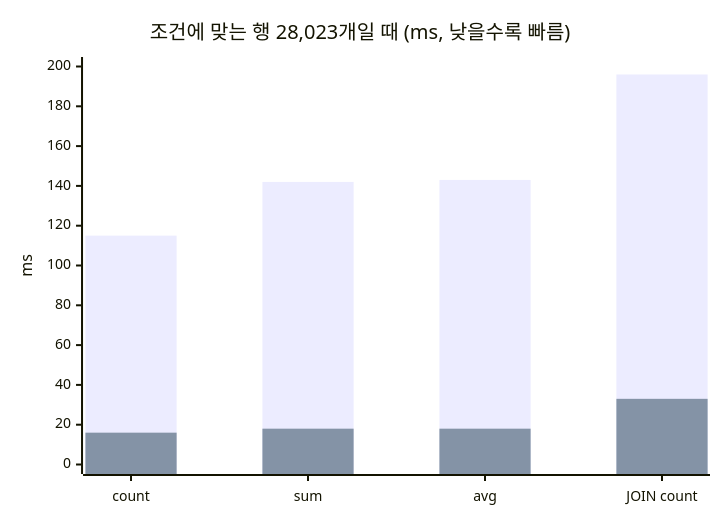
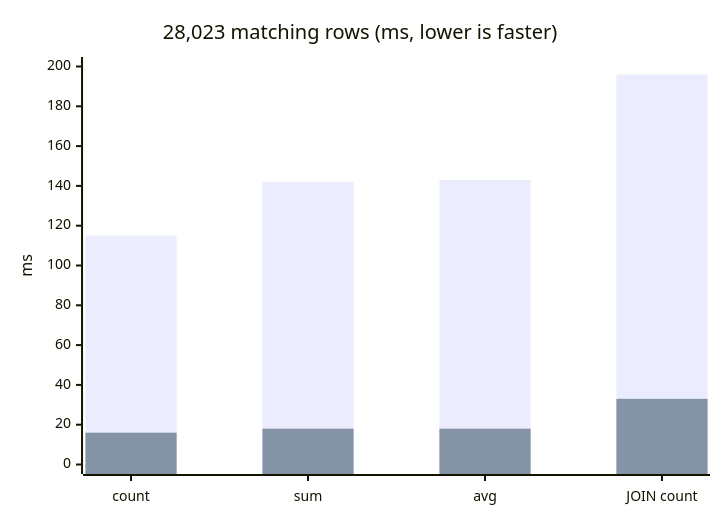
Before and after one commit to jmp-develop/sealql: the second of 2 diagrams in README.md, drawn with Mermaid. The commit also changed other lines of this file and 2 other files, not shown here.

````diff
--- a/README.md
+++ b/README.md
@@ -102,8 +104,8 @@
 ```mermaid
 xychart-beta
-    title "조건에 맞는 행 28,023개일 때 (ms, 낮을수록 빠름)"
+    title "28,023 matching rows (ms, lower is faster)"
     x-axis ["count", "sum", "avg", "JOIN count"]
     y-axis "ms" 0 --> 200
     bar [115, 142, 143, 196]
     bar [16, 18, 18, 33]
 ```
````
